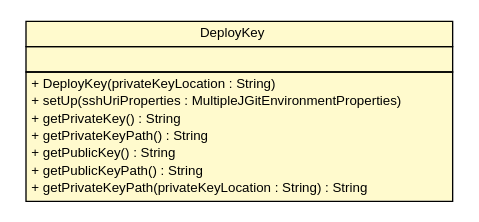
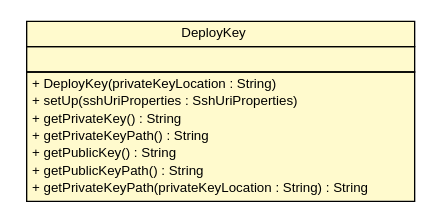
The diagram in snapshot/build-docker/maven-build-java8/spring-cloud-config/spring-cloud-config-server/apidocs/cn/home1/cloud/config/server/ssh/DeployKey.dot (sfeng9d/spring-cloud-config), drawn with Graphviz before and after one commit. The commit also changed 193 other files, not shown here.

Commit message:
Creating site for spring-cloud-config-server-1.0.1-SNAPSHOT

```diff
--- a/snapshot/build-docker/maven-build-java8/spring-cloud-config/spring-cloud-config-server/apidocs/cn/home1/cloud/config/server/ssh/DeployKey.dot
+++ b/snapshot/build-docker/maven-build-java8/spring-cloud-config/spring-cloud-config-server/apidocs/cn/home1/cloud/config/server/ssh/DeployKey.dot
@@ -1,30 +1,30 @@
 #!/usr/local/bin/dot
 #
 # Class diagram 
 # Generated by UMLGraph version R5_6-24-gf6e263 (http://www.umlgraph.org/)
 #
 
 digraph G {
 	edge [fontname="Helvetica",fontsize=10,labelfontname="Helvetica",labelfontsize=10];
 	node [fontname="Helvetica",fontsize=10,shape=plaintext];
 	nodesep=0.25;
 	ranksep=0.5;
 	// cn.home1.cloud.config.server.ssh.DeployKey
-	c244 [label=<<table title="cn.home1.cloud.config.server.ssh.DeployKey" border="0" cellborder="1" cellspacing="0" cellpadding="2" port="p" bgcolor="lemonChiffon" href="./DeployKey.html">
+	c247 [label=<<table title="cn.home1.cloud.config.server.ssh.DeployKey" border="0" cellborder="1" cellspacing="0" cellpadding="2" port="p" bgcolor="lemonChiffon" href="./DeployKey.html">
 		<tr><td><table border="0" cellspacing="0" cellpadding="1">
 <tr><td align="center" balign="center"> DeployKey </td></tr>
 		</table></td></tr>
 		<tr><td><table border="0" cellspacing="0" cellpadding="1">
 <tr><td align="left" balign="left">  </td></tr>
 		</table></td></tr>
 		<tr><td><table border="0" cellspacing="0" cellpadding="1">
 <tr><td align="left" balign="left"> + DeployKey(privateKeyLocation : String) </td></tr>
-<tr><td align="left" balign="left"> + setUp(sshUriProperties : MultipleJGitEnvironmentProperties) </td></tr>
+<tr><td align="left" balign="left"> + setUp(sshUriProperties : SshUriProperties) </td></tr>
 <tr><td align="left" balign="left"> + getPrivateKey() : String </td></tr>
 <tr><td align="left" balign="left"> + getPrivateKeyPath() : String </td></tr>
 <tr><td align="left" balign="left"> + getPublicKey() : String </td></tr>
 <tr><td align="left" balign="left"> + getPublicKeyPath() : String </td></tr>
 <tr><td align="left" balign="left"> + getPrivateKeyPath(privateKeyLocation : String) : String </td></tr>
 		</table></td></tr>
 		</table>>, URL="./DeployKey.html", fontname="Helvetica", fontcolor="black", fontsize=10.0];
 }
```
